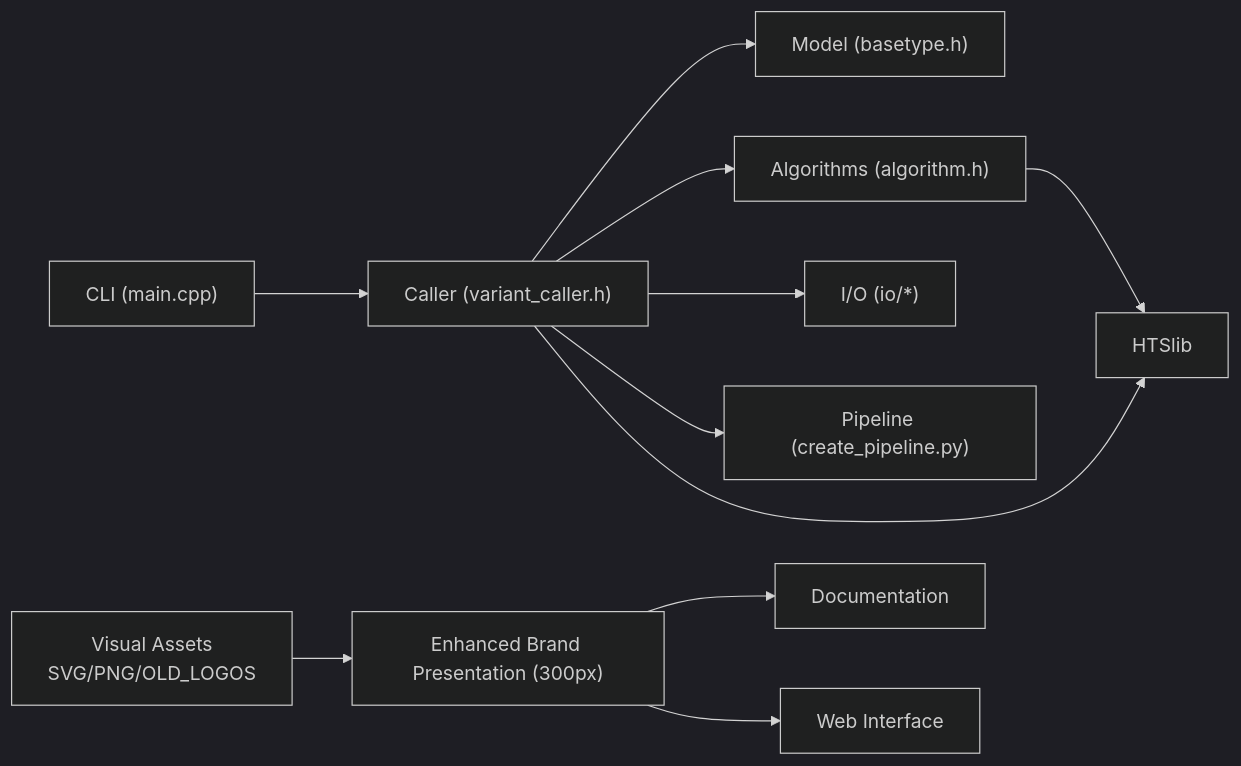
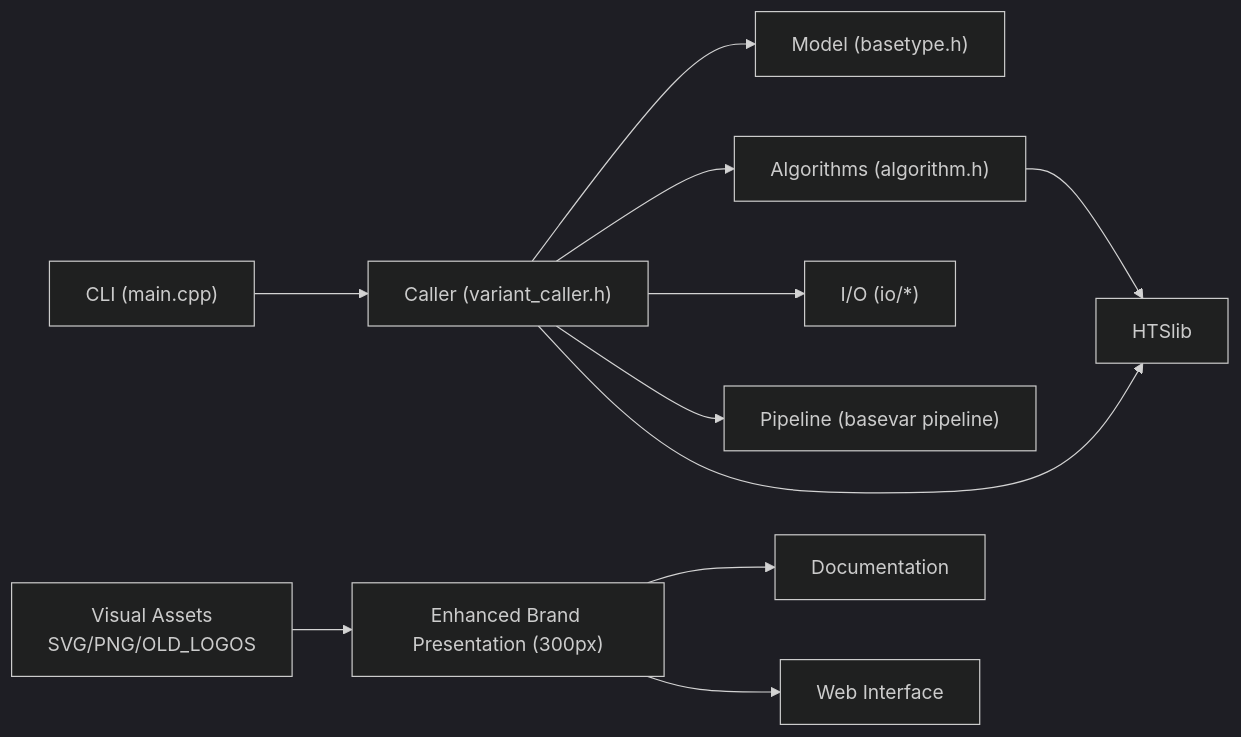
The seventh of 7 diagrams in docs/repowiki/en/content/Project Overview/Project Overview.md (ShujiaHuang/BaseVar2), drawn with Mermaid (dark theme) before and after one commit. The commit also changed other lines of this file and 9 other files, not shown here.

First line of the commit message:
refactor: remove scripts/create_pipeline.py (superseded by basevar pipeline C++ subcommand)

````diff
--- a/docs/repowiki/en/content/Project Overview/Project Overview.md
+++ b/docs/repowiki/en/content/Project Overview/Project Overview.md
@@ -364,13 +359,13 @@
 ```mermaid
 graph LR
 CLI["CLI (main.cpp)"] --> CALLER["Caller (variant_caller.h)"]
 CALLER --> MODEL["Model (basetype.h)"]
 CALLER --> ALG["Algorithms (algorithm.h)"]
 CALLER --> IO["I/O (io/*)"]
-CALLER --> PIPE["Pipeline (create_pipeline.py)"]
+CALLER --> PIPE["Pipeline (basevar pipeline)"]
 CALLER --> HTS["HTSlib"]
 ALG --> HTS
 ASSETS["Visual Assets<br/>SVG/PNG/OLD_LOGOS"] --> BRANDING["Enhanced Brand Presentation (300px)"]
 BRANDING --> DOCS["Documentation"]
 BRANDING --> WEBSITE["Web Interface"]
 ```
````
